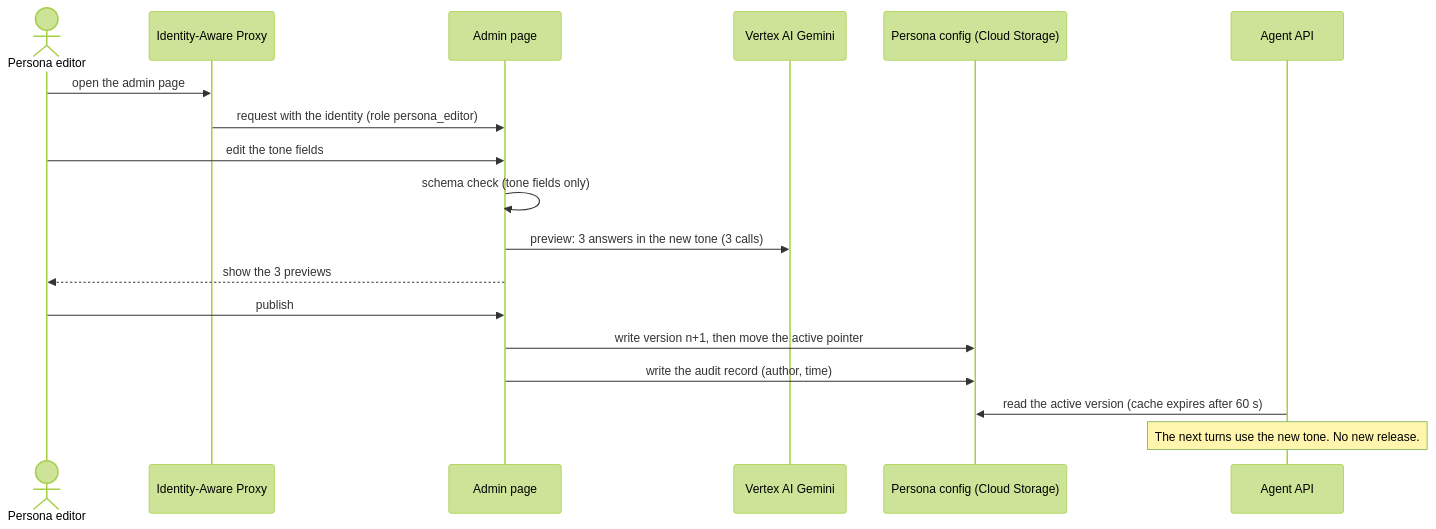
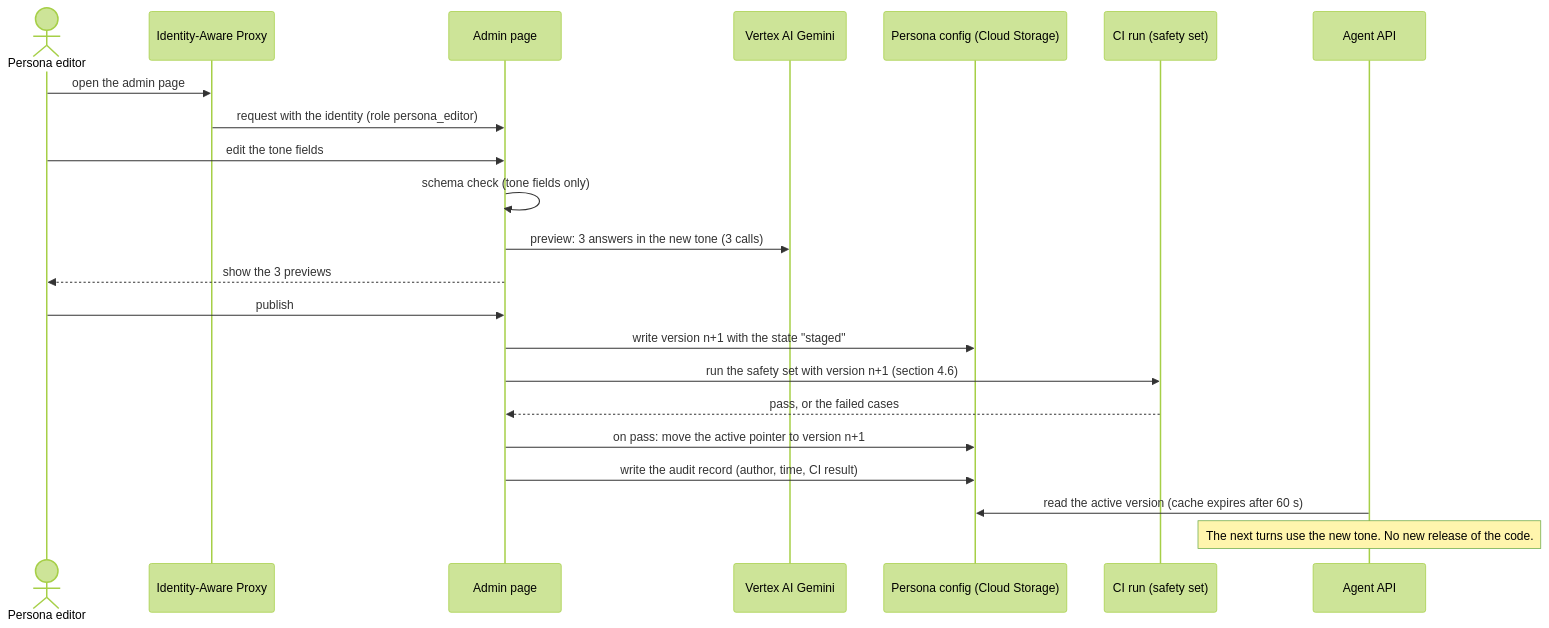
One commit to ynsa/retail-analytics-assistant changed the sixth of 6 diagrams in docs/design/hld.md. Above: the diagram before and after it, drawn with Mermaid (forest theme). The commit also changed other lines of this file, not shown here.

````diff
--- a/docs/design/hld.md
+++ b/docs/design/hld.md
@@ -376,21 +381,25 @@
 ```mermaid
 sequenceDiagram
     actor E as Persona editor
     participant IAP as Identity-Aware Proxy
     participant ADM as Admin page
     participant LLM as Vertex AI Gemini
     participant GCS as Persona config (Cloud Storage)
+    participant CI as CI run (safety set)
     participant API as Agent API
 
     E->>IAP: open the admin page
     IAP->>ADM: request with the identity (role persona_editor)
     E->>ADM: edit the tone fields
     ADM->>ADM: schema check (tone fields only)
     ADM->>LLM: preview: 3 answers in the new tone (3 calls)
     ADM-->>E: show the 3 previews
     E->>ADM: publish
-    ADM->>GCS: write version n+1, then move the active pointer
-    ADM->>GCS: write the audit record (author, time)
+    ADM->>GCS: write version n+1 with the state "staged"
+    ADM->>CI: run the safety set with version n+1 (section 4.6)
+    CI-->>ADM: pass, or the failed cases
+    ADM->>GCS: on pass: move the active pointer to version n+1
+    ADM->>GCS: write the audit record (author, time, CI result)
     API->>GCS: read the active version (cache expires after 60 s)
-    Note over API: The next turns use the new tone. No new release.
+    Note over API: The next turns use the new tone. No new release of the code.
 ```
````
